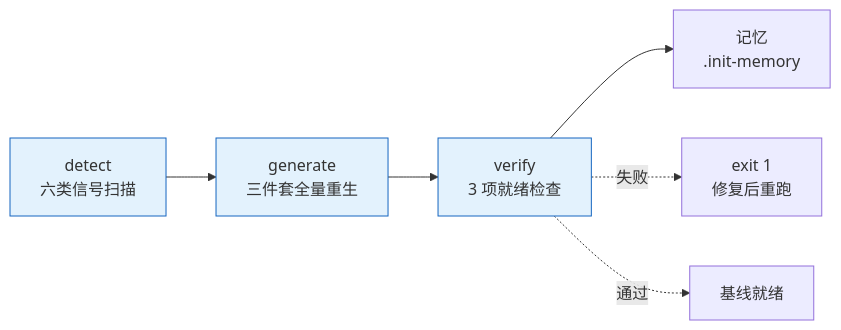
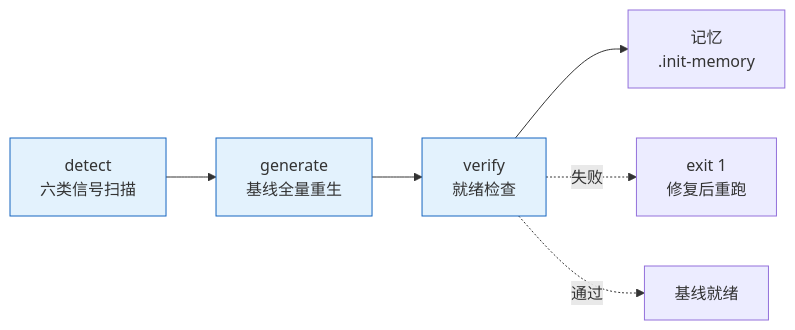
Before and after one commit to effiy/YrY: the second of 2 diagrams in skills/rui/SKILL.md, drawn with Mermaid. The commit also changed other lines of this file and 18 other files, not shown here.

````diff
--- a/skills/rui/SKILL.md
+++ b/skills/rui/SKILL.md
@@ -90,7 +90,7 @@
 ```mermaid
 flowchart LR
-    P1[detect<br/>六类信号扫描]:::s --> P2[generate<br/>三件套全量重生]:::s --> P3[verify<br/>3 项就绪检查]:::s --> P4[记忆<br/>.init-memory]
+    P1[detect<br/>六类信号扫描]:::s --> P2[generate<br/>基线全量重生]:::s --> P3[verify<br/>就绪检查]:::s --> P4[记忆<br/>.init-memory]
     P3 -.失败.-> Fix[exit 1<br/>修复后重跑]
     P3 -.通过.-> Ready[基线就绪]
     classDef s fill:#e3f2fd,stroke:#1565c0;
 ```
````
